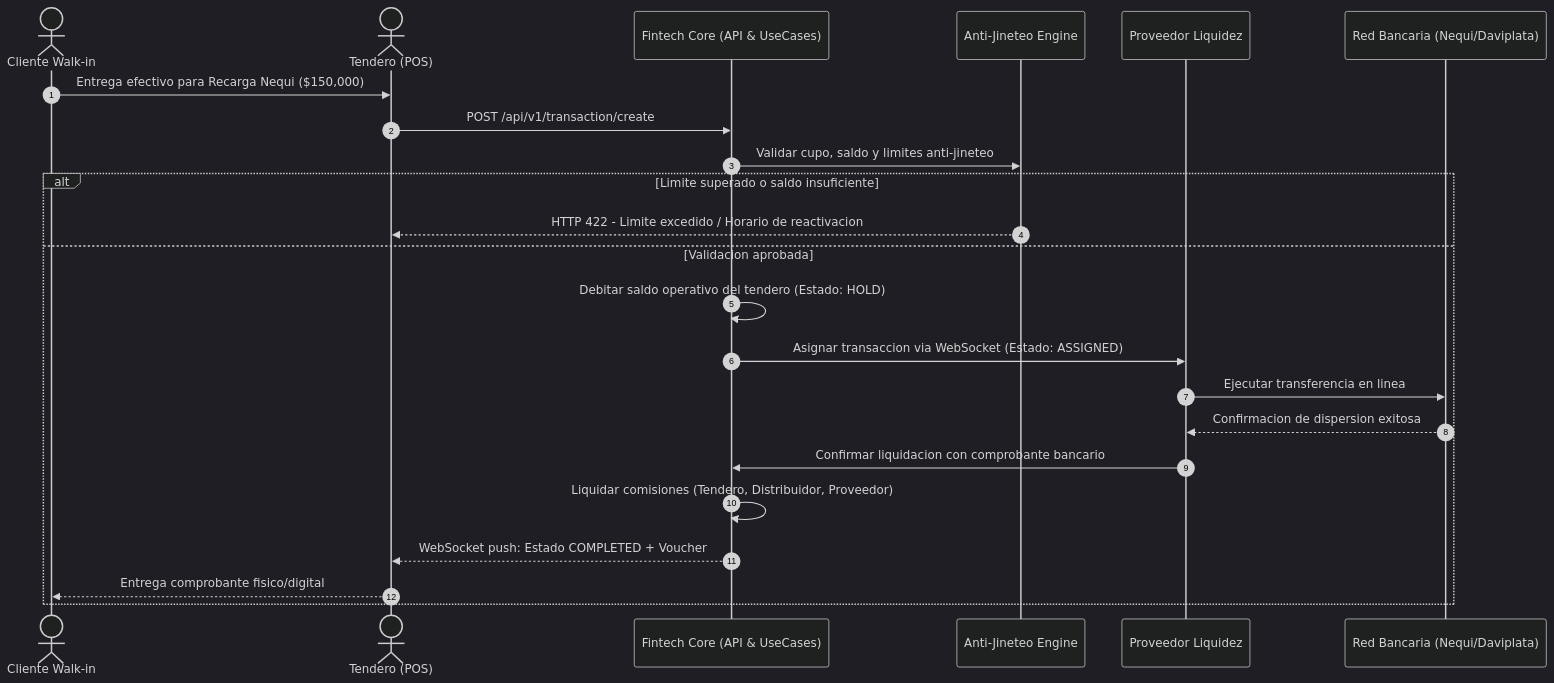
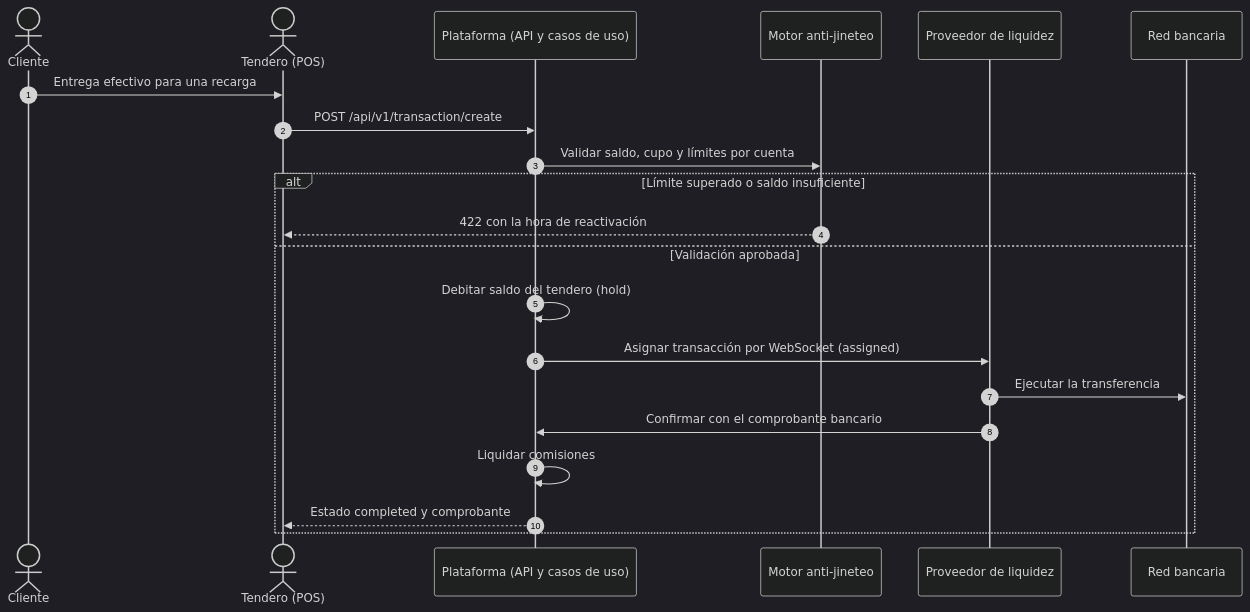
One commit to KevinAndrey96/fintech-correspondent-banking-platform changed the diagram in README.md. Above: the diagram before and after it, drawn with Mermaid (dark theme). The commit also changed other lines of this file and 318 other files, not shown here.

````diff
--- a/README.md
+++ b/README.md
@@ -48,26 +26,24 @@
 ```mermaid
 sequenceDiagram
     autonumber
-    actor Customer as Cliente Walk-in
-    actor Shopkeeper as Tendero (POS)
-    participant Platform as Fintech Core (API & UseCases)
-    participant Engine as Anti-Jineteo Engine
-    participant Supplier as Proveedor Liquidez
-    participant Bank as Red Bancaria (Nequi/Daviplata)
+    actor Cliente
+    actor Tendero as Tendero (POS)
+    participant Plataforma as Plataforma (API y casos de uso)
+    participant Limites as Motor anti-jineteo
+    participant Proveedor as Proveedor de liquidez
+    participant Banco as Red bancaria
 
-    Customer->>Shopkeeper: Entrega efectivo para Recarga Nequi ($150,000)
-    Shopkeeper->>Platform: POST /api/v1/transaction/create
-    Platform->>Engine: Validar cupo, saldo y limites anti-jineteo
-    alt Limite superado o saldo insuficiente
-        Engine-->>Shopkeeper: HTTP 422 - Limite excedido / Horario de reactivacion
-    else Validacion aprobada
-        Platform->>Platform: Debitar saldo operativo del tendero (Estado: HOLD)
-        Platform->>Supplier: Asignar transaccion via WebSocket (Estado: ASSIGNED)
-        Supplier->>Bank: Ejecutar transferencia en linea
-        Bank-->>Supplier: Confirmacion de dispersion exitosa
-        Supplier->>Platform: Confirmar liquidacion con comprobante bancario
-        Platform->>Platform: Liquidar comisiones (Tendero, Distribuidor, Proveedor)
-        Platform-->>Shopkeeper: WebSocket push: Estado COMPLETED + Voucher
-        Shopkeeper-->>Customer: Entrega comprobante fisico/digital
+    Cliente->>Tendero: Entrega efectivo para una recarga
+    Tendero->>Plataforma: POST /api/v1/transaction/create
+    Plataforma->>Limites: Validar saldo, cupo y límites por cuenta
+    alt Límite superado o saldo insuficiente
+        Limites-->>Tendero: 422 con la hora de reactivación
+    else Validación aprobada
+        Plataforma->>Plataforma: Debitar saldo del tendero (hold)
+        Plataforma->>Proveedor: Asignar transacción por WebSocket (assigned)
+        Proveedor->>Banco: Ejecutar la transferencia
+        Proveedor->>Plataforma: Confirmar con el comprobante bancario
+        Plataforma->>Plataforma: Liquidar comisiones
+        Plataforma-->>Tendero: Estado completed y comprobante
     end
 ```
````
